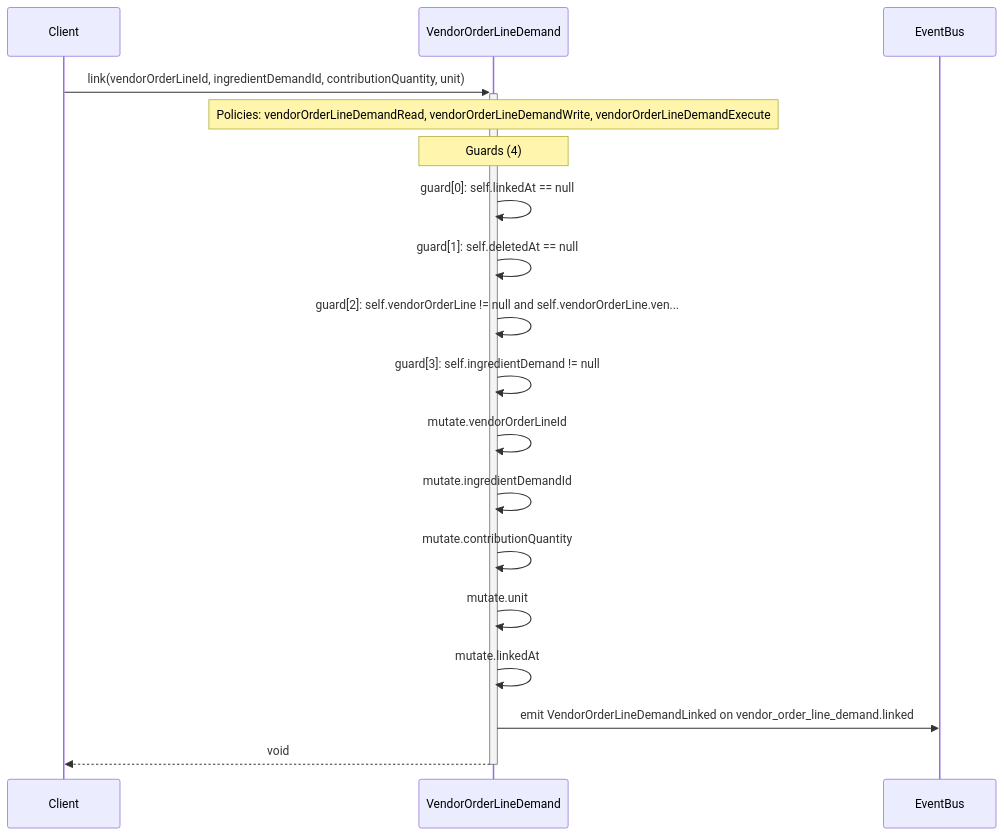
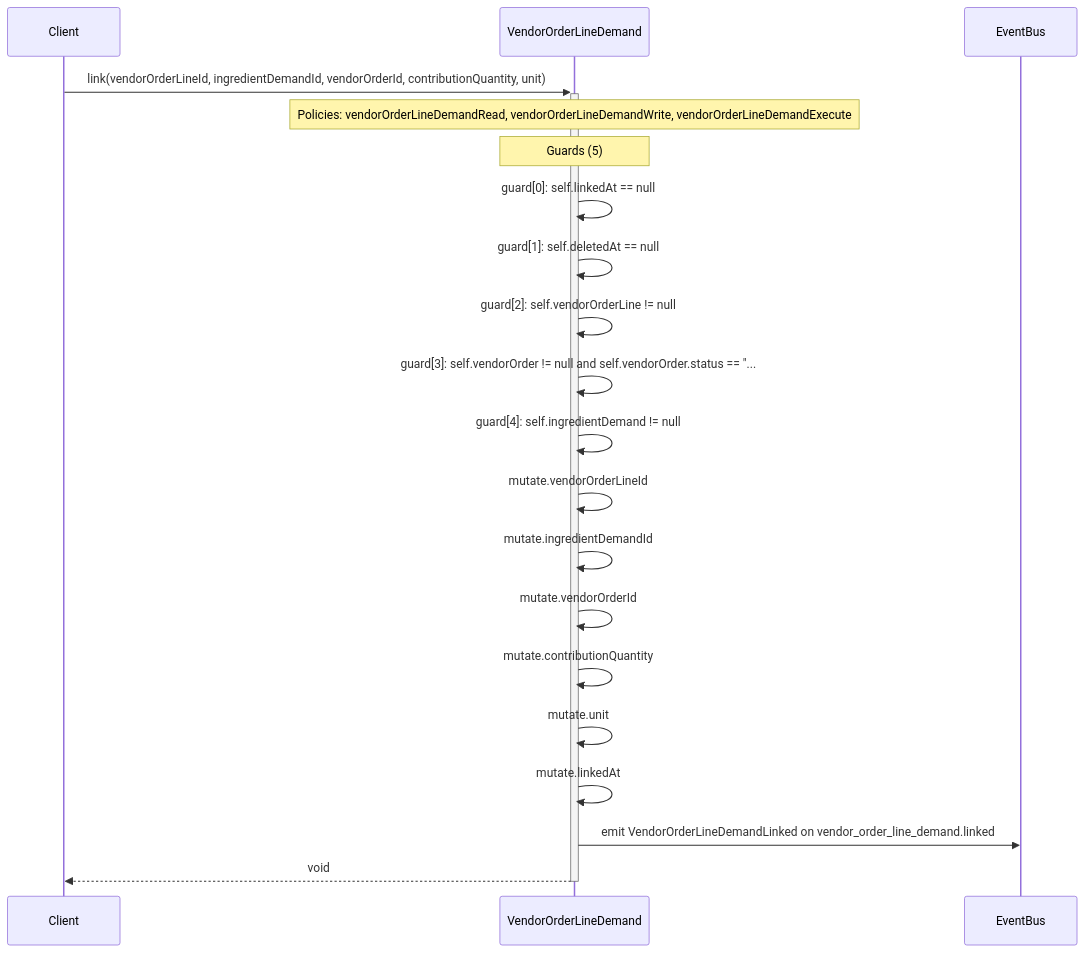
The diagram in diagrams/sequence-VendorOrderLineDemand-link.mmd (Angriff36/capsule), drawn with Mermaid before and after one commit. The commit also changed 32 other files, not shown here.

First line of the commit message:
fix(purchasing): make prep-list draft demand links pass draft guards

```diff
--- a/diagrams/sequence-VendorOrderLineDemand-link.mmd
+++ b/diagrams/sequence-VendorOrderLineDemand-link.mmd
@@ -1,18 +1,20 @@
 sequenceDiagram
     participant Client
     participant VendorOrderLineDemand as VendorOrderLineDemand
     participant EventBus
-    Client->>+VendorOrderLineDemand: link(vendorOrderLineId, ingredientDemandId, contributionQuantity, unit)
+    Client->>+VendorOrderLineDemand: link(vendorOrderLineId, ingredientDemandId, vendorOrderId, contributionQuantity, unit)
     Note over VendorOrderLineDemand: Policies: vendorOrderLineDemandRead, vendorOrderLineDemandWrite, vendorOrderLineDemandExecute
-    Note over VendorOrderLineDemand: Guards (4)
+    Note over VendorOrderLineDemand: Guards (5)
     VendorOrderLineDemand->>VendorOrderLineDemand: guard[0]: self.linkedAt == null
     VendorOrderLineDemand->>VendorOrderLineDemand: guard[1]: self.deletedAt == null
-    VendorOrderLineDemand->>VendorOrderLineDemand: guard[2]: self.vendorOrderLine != null and self.vendorOrderLine.ven...
-    VendorOrderLineDemand->>VendorOrderLineDemand: guard[3]: self.ingredientDemand != null
+    VendorOrderLineDemand->>VendorOrderLineDemand: guard[2]: self.vendorOrderLine != null
+    VendorOrderLineDemand->>VendorOrderLineDemand: guard[3]: self.vendorOrder != null and self.vendorOrder.status == #quot;...
+    VendorOrderLineDemand->>VendorOrderLineDemand: guard[4]: self.ingredientDemand != null
     VendorOrderLineDemand->>VendorOrderLineDemand: mutate.vendorOrderLineId
     VendorOrderLineDemand->>VendorOrderLineDemand: mutate.ingredientDemandId
+    VendorOrderLineDemand->>VendorOrderLineDemand: mutate.vendorOrderId
     VendorOrderLineDemand->>VendorOrderLineDemand: mutate.contributionQuantity
     VendorOrderLineDemand->>VendorOrderLineDemand: mutate.unit
     VendorOrderLineDemand->>VendorOrderLineDemand: mutate.linkedAt
     VendorOrderLineDemand->>EventBus: emit VendorOrderLineDemandLinked on vendor_order_line_demand.linked
     VendorOrderLineDemand-->>-Client: void
```
